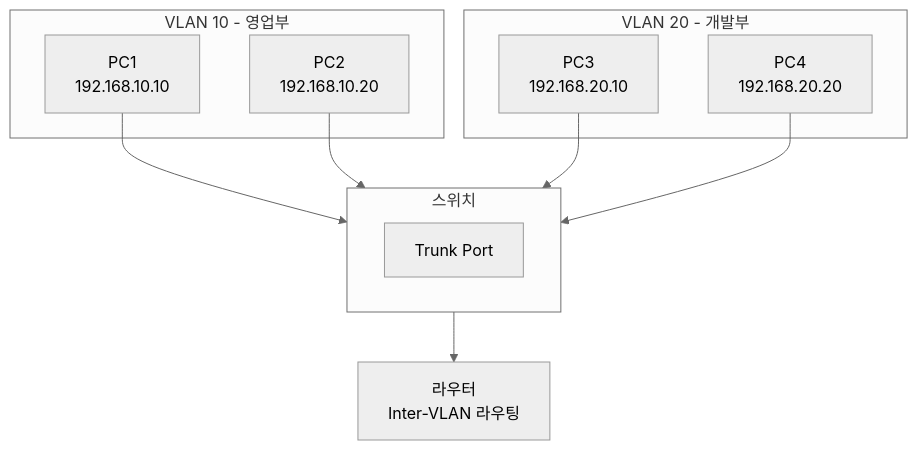
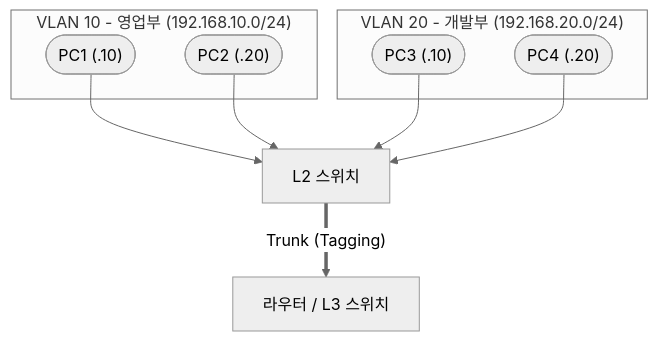
One commit to HamaPr/HamaPr.github.io changed the diagram in _posts/network/2025-07-25-VLAN_study.md. Above: the diagram before and after it, drawn with Mermaid (neutral theme). The commit also changed other lines of this file and 94 other files, not shown here.

````diff
--- a/_posts/network/2025-07-25-VLAN_study.md
+++ b/_posts/network/2025-07-25-VLAN_study.md
@@ -33,19 +32,19 @@
 ```mermaid
 flowchart TB
-    subgraph VLAN10["VLAN 10 - 영업부"]
-        PC1["PC1<br>192.168.10.10"]
-        PC2["PC2<br>192.168.10.20"]
+    subgraph VLAN10 ["VLAN 10 - 영업부 (192.168.10.0/24)"]
+        PC1(["PC1 (.10)"])
+        PC2(["PC2 (.20)"])
     end
-    subgraph VLAN20["VLAN 20 - 개발부"]
-        PC3["PC3<br>192.168.20.10"]
-        PC4["PC4<br>192.168.20.20"]
+    subgraph VLAN20 ["VLAN 20 - 개발부 (192.168.20.0/24)"]
+        PC3(["PC3 (.10)"])
+        PC4(["PC4 (.20)"])
     end
-    subgraph SW["스위치"]
-        TRUNK["Trunk Port"]
-    end
+    SW["L2 스위치"]
+    Router["라우터 / L3 스위치"]
+
     PC1 --> SW
     PC2 --> SW
     PC3 --> SW
     PC4 --> SW
-    SW --> Router["라우터<br>Inter-VLAN 라우팅"]
+    SW == "Trunk (Tagging)" ==> Router
 ```
````
